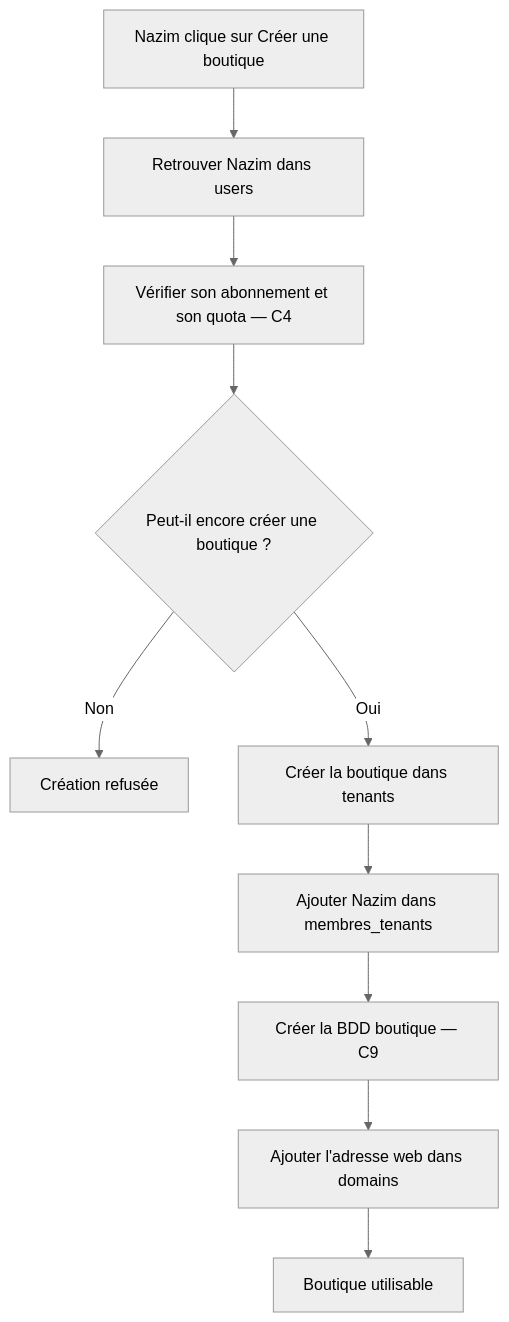
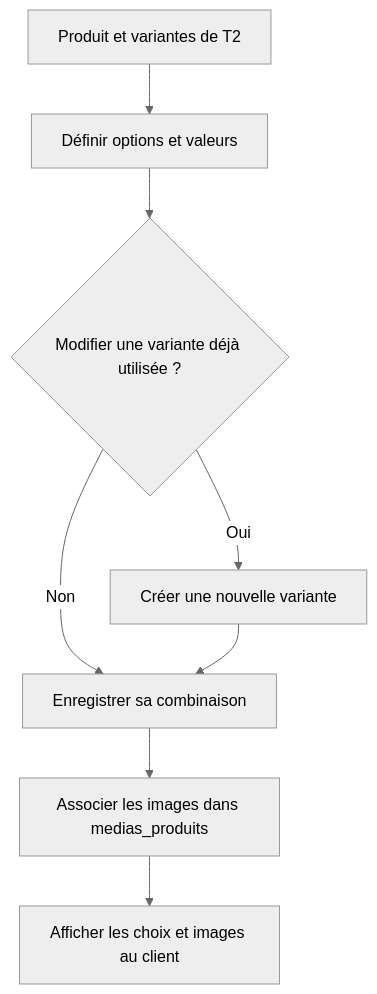
One commit to unitealfa/saas-ecom changed the third of 23 diagrams in BDD-centrale-C1-C14-explication-simple.md. Above: the diagram before and after it, drawn with Mermaid (neutral theme). The commit also changed other lines of this file, not shown here.

````diff
--- a/BDD-centrale-C1-C14-explication-simple.md
+++ b/BDD-centrale-C1-C14-explication-simple.md
@@ -47,12 +146,10 @@
 ```mermaid
 flowchart TD
-    A["Nazim clique sur Créer une boutique"] --> B["Retrouver Nazim dans users"]
-    B --> C["Vérifier son abonnement et son quota — C4"]
-    C --> D{"Peut-il encore créer une boutique ?"}
-    D -->|Non| E["Création refusée"]
-    D -->|Oui| F["Créer la boutique dans tenants"]
-    F --> G["Ajouter Nazim dans membres_tenants"]
-    G --> H["Créer la BDD boutique — C9"]
-    H --> I["Ajouter l'adresse web dans domains"]
-    I --> J["Boutique utilisable"]
+    A["Produit et variantes de T2"] --> B["Définir options et valeurs"]
+    B --> C{"Modifier une variante déjà utilisée ?"}
+    C -->|Oui| D["Créer une nouvelle variante"]
+    C -->|Non| E["Enregistrer sa combinaison"]
+    D --> E
+    E --> F["Associer les images dans medias_produits"]
+    F --> G["Afficher les choix et images au client"]
 ```
````
